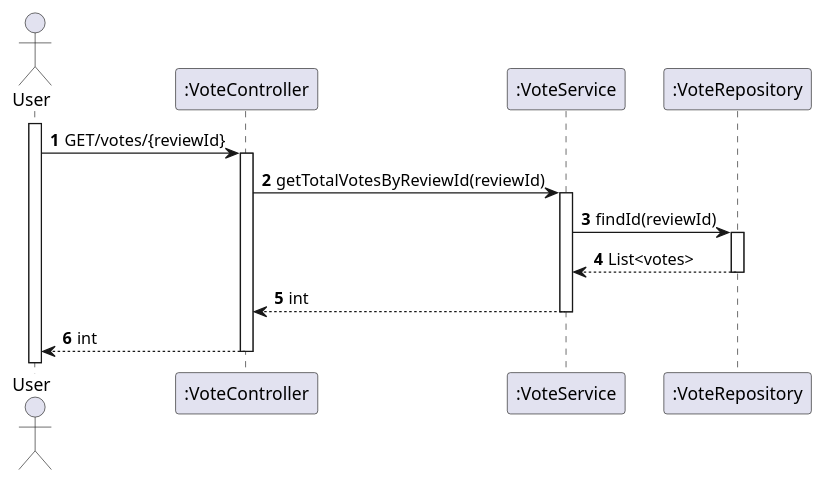
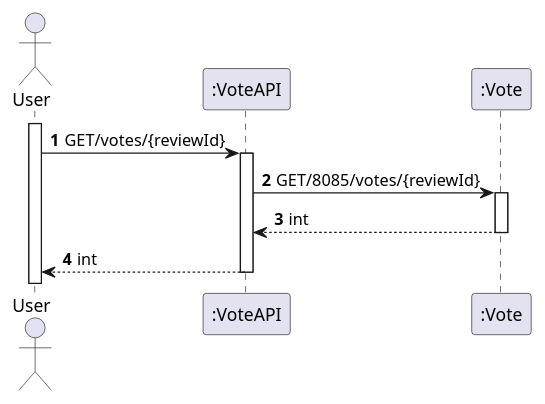
One commit to giovannaFantacini/VoteAPI2 changed the diagram in Documentos/Vote_getTotalVotesByReviewId.puml. Above: the diagram before and after it, drawn with PlantUML. The commit also changed 3 other files, not shown here.

Commit message:
Diagramas

```diff
--- a/Documentos/Vote_getTotalVotesByReviewId.puml
+++ b/Documentos/Vote_getTotalVotesByReviewId.puml
@@ -1,22 +1,18 @@
 @startuml
 'https://plantuml.com/sequence-diagram
 
 autoactivate on
 autonumber
 
 actor "User" as User
-participant ":VoteController" as Ctrl
-participant ":VoteService" as Service
-participant ":VoteRepository" as Rep
+participant ":VoteAPI" as vote1
+participant ":Vote" as vote2
 
 activate User
 
-User -> Ctrl: GET/votes/{reviewId}
-Ctrl -> Service: getTotalVotesByReviewId(reviewId)
-Service -> Rep: findId(reviewId)
-Rep --> Service: List<votes>
-Service --> Ctrl: int
-
-Ctrl --> User: int
+User -> vote1: GET/votes/{reviewId}
+vote1 -> vote2: GET/8085/votes/{reviewId}
+vote2 --> vote1: int
+vote1 --> User: int
 
 @enduml
```
